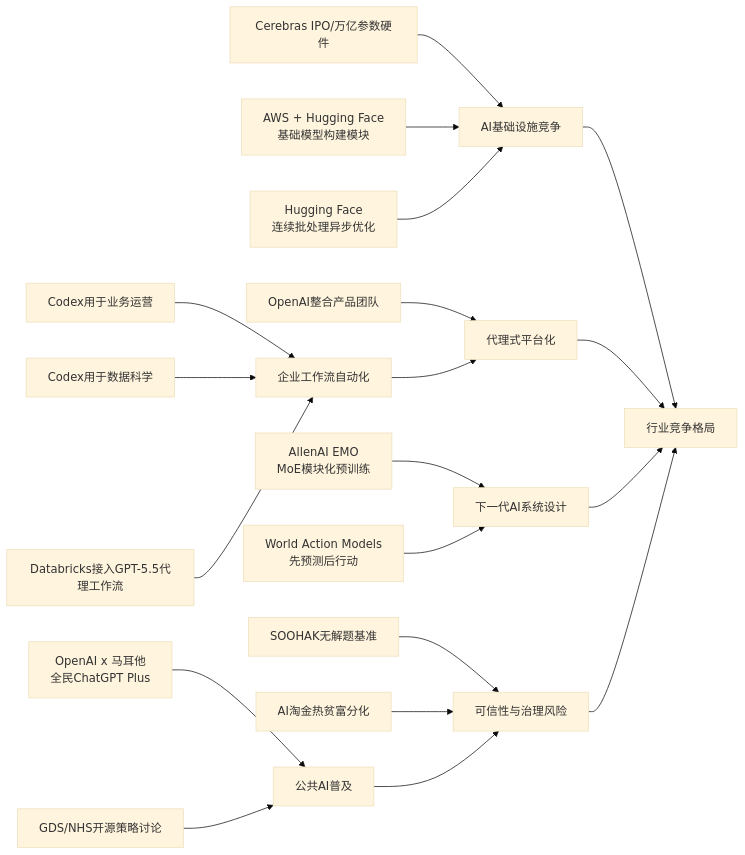
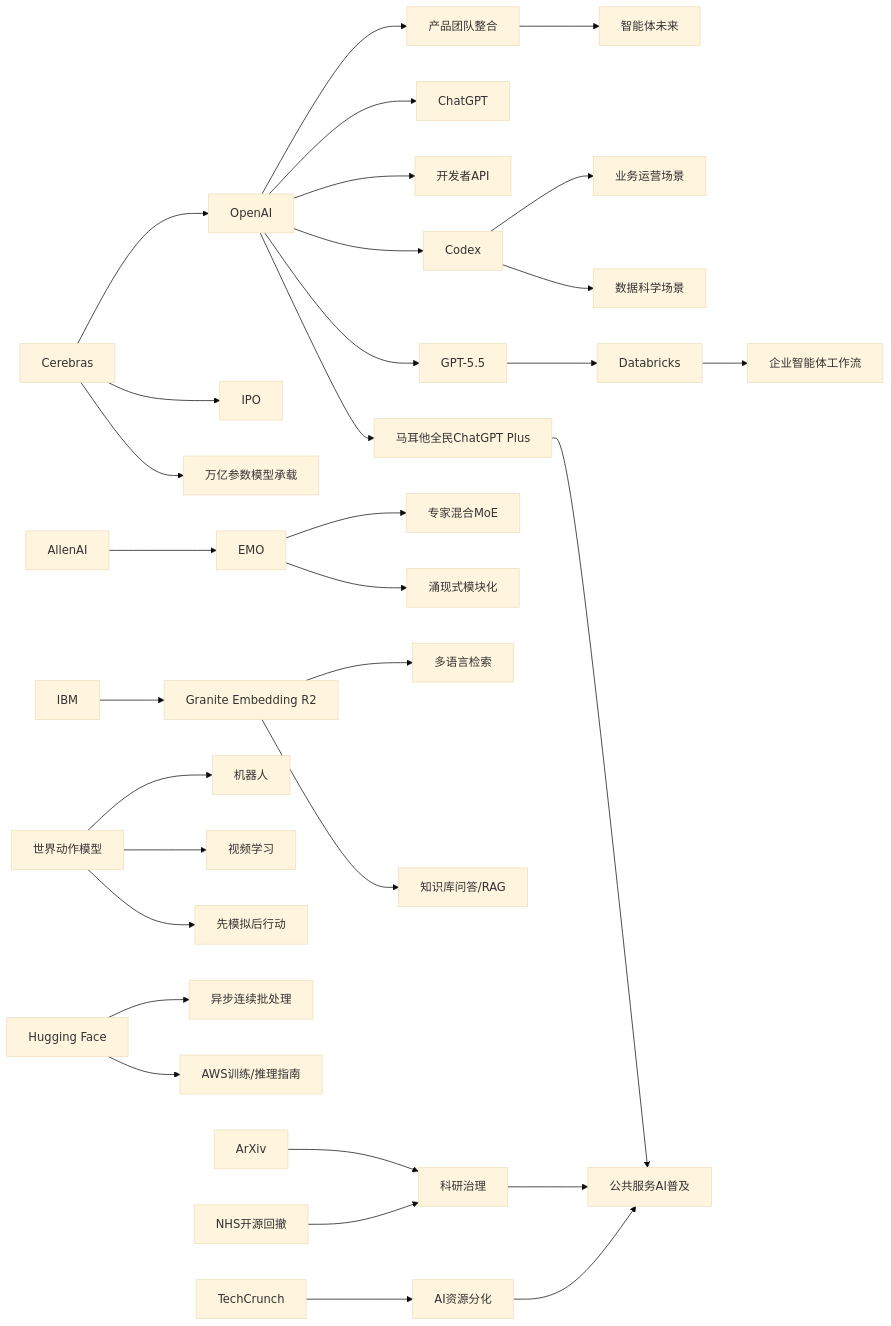
One commit to zhuxinfei/ai-daily-site changed the diagram in content/cn/2026/2026-05/2026-05-17.md. Above: the diagram before and after it, drawn with Mermaid (base theme). The commit also changed other lines of this file, not shown here.

````diff
--- a/content/cn/2026/2026-05/2026-05-17.md
+++ b/content/cn/2026/2026-05/2026-05-17.md
@@ -129,26 +110,40 @@
 ```mermaid
 graph LR
-    Cerebras[Cerebras IPO/万亿参数硬件] --> Infra[AI基础设施竞争]
-    AWSHF[AWS + Hugging Face<br/>基础模型构建模块] --> Infra
-    HFAsync[Hugging Face<br/>连续批处理异步优化] --> Infra
+    OpenAI --> Codex
+    OpenAI --> ChatGPT
+    OpenAI --> API[开发者API]
+    OpenAI --> GPT55[GPT-5.5]
+    OpenAI --> Malta[马耳他全民ChatGPT Plus]
+    OpenAI --> TeamMerge[产品团队整合]
+    TeamMerge --> AgentFuture[智能体未来]
+    Codex --> BizOps[业务运营场景]
+    Codex --> DataScience[数据科学场景]
+    GPT55 --> Databricks
+    Databricks --> EnterpriseAgents[企业智能体工作流]
 
-    OpenAICodexOps[Codex用于业务运营] --> Workflow[企业工作流自动化]
-    OpenAICodexDS[Codex用于数据科学] --> Workflow
-    Databricks[Databricks接入GPT-5.5代理工作流] --> Workflow
-    OpenAIOrg[OpenAI整合产品团队] --> Agentic[代理式平台化]
-    Workflow --> Agentic
+    Cerebras --> IPO[IPO]
+    Cerebras --> Trillion[万亿参数模型承载]
+    Cerebras --> OpenAI
 
-    EMO[AllenAI EMO<br/>MoE模块化预训练] --> NextGen[下一代AI系统设计]
-    WAM[World Action Models<br/>先预测后行动] --> NextGen
+    AllenAI --> EMO
+    EMO --> MoE[专家混合MoE]
+    EMO --> Modular[涌现式模块化]
 
-    SOOHAK[SOOHAK无解题基准] --> Risk[可信性与治理风险]
-    GoldRush[AI淘金热贫富分化] --> Risk
-    Malta[OpenAI x 马耳他<br/>全民ChatGPT Plus] --> PublicAI[公共AI普及]
-    NHS[GDS/NHS开源策略讨论] --> PublicAI
-    PublicAI --> Risk
+    IBM --> Granite[Granite Embedding R2]
+    Granite --> Multilingual[多语言检索]
+    Granite --> RAG[知识库问答/RAG]
 
-    Infra --> Market[行业竞争格局]
-    Agentic --> Market
-    NextGen --> Market
-    Risk --> Market
+    WAM[世界动作模型] --> Robotics[机器人]
+    WAM --> VideoLearning[视频学习]
+    WAM --> Simulation[先模拟后行动]
+
+    HF[Hugging Face] --> AsyncBatch[异步连续批处理]
+    HF --> AWSGuide[AWS训练/推理指南]
+
+    TechCrunch --> Inequality[AI资源分化]
+    ArXiv --> Governance[科研治理]
+    NHS[NHS开源回撤] --> Governance
+    Malta --> PublicAI[公共服务AI普及]
+    Governance --> PublicAI
+    Inequality --> PublicAI
 ```
````
